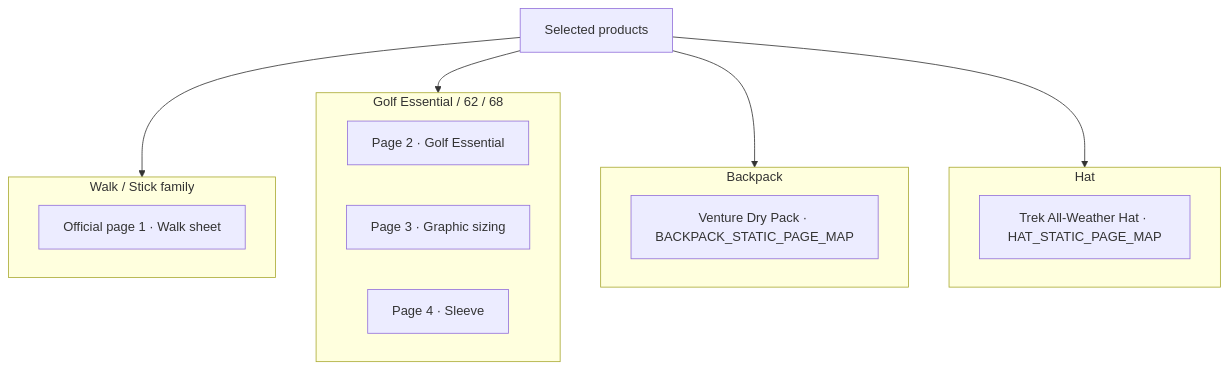
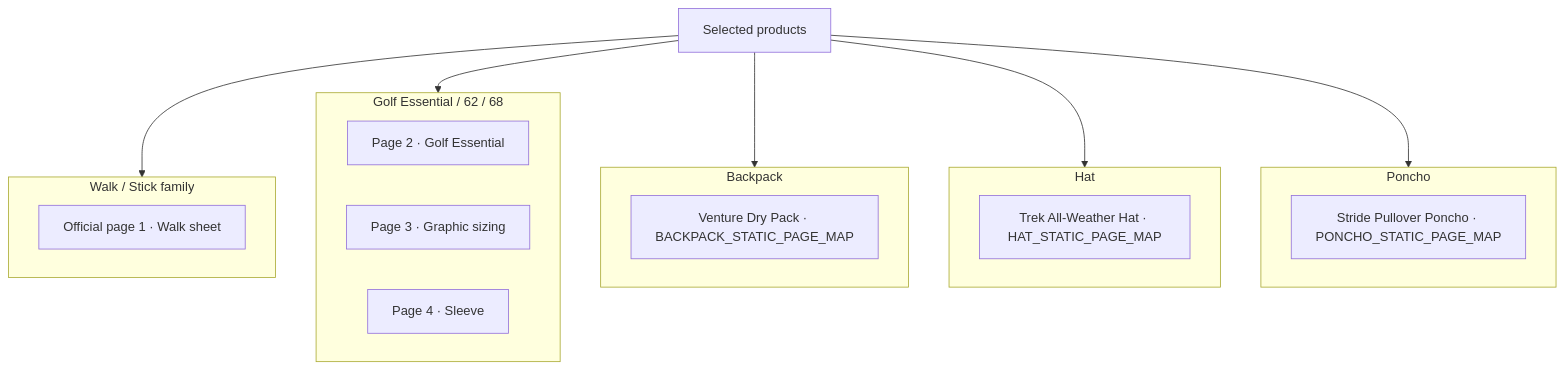
The third of 4 diagrams in README.md (WeathermanInc/virtual-mockup), drawn with Mermaid before and after one commit. The commit also changed other lines of this file and 3 other files, not shown here.

First line of the commit message:
Document Stride Pullover Poncho static map across README, guide, and rules (stamp 112).

````diff
--- a/README.md
+++ b/README.md
@@ -188,21 +191,25 @@
 ```mermaid
 flowchart TB
   subgraph Stick["Walk / Stick family"]
     S1[Official page 1 · Walk sheet]
   end
   subgraph Golf["Golf Essential / 62 / 68"]
     G2[Page 2 · Golf Essential]
     G3[Page 3 · Graphic sizing]
     G4[Page 4 · Sleeve]
   end
   subgraph Pack["Backpack"]
     B1[Venture Dry Pack · BACKPACK_STATIC_PAGE_MAP]
   end
   subgraph Hat["Hat"]
     H1[Trek All-Weather Hat · HAT_STATIC_PAGE_MAP]
   end
+  subgraph Poncho["Poncho"]
+    P1[Stride Pullover Poncho · PONCHO_STATIC_PAGE_MAP]
+  end
   Job[Selected products] --> Stick
   Job --> Golf
   Job --> Pack
   Job --> Hat
+  Job --> Poncho
 ```
````
